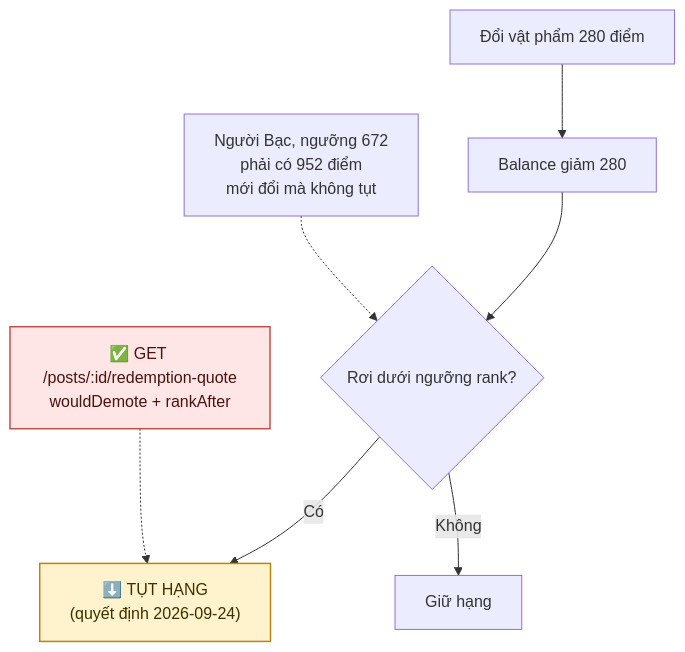
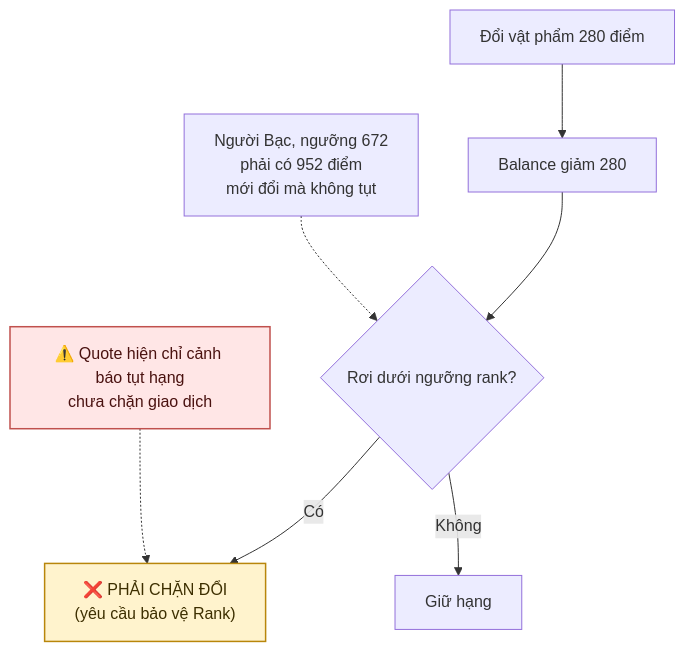
One commit to fdshn/trueheart changed the fourth of 4 diagrams in docs/diagram/14-redemption.md. Above: the diagram before and after it, drawn with Mermaid. The commit also changed other lines of this file, not shown here.

First line of the commit message:
docs: align redemption diagram with requirement gaps

````diff
--- a/docs/diagram/14-redemption.md
+++ b/docs/diagram/14-redemption.md
@@ -133,13 +137,13 @@
 ```mermaid
 flowchart TD
     A[Đổi vật phẩm 280 điểm] --> B[Balance giảm 280]
     B --> C{Rơi dưới ngưỡng rank?}
-    C -->|Có| D["⬇️ TỤT HẠNG<br/>(quyết định 2026-09-24)"]
+    C -->|Có| D["❌ PHẢI CHẶN ĐỔI<br/>(yêu cầu bảo vệ Rank)"]
     C -->|Không| E[Giữ hạng]
 
     F["Người Bạc, ngưỡng 672<br/>phải có 952 điểm<br/>mới đổi mà không tụt"] -.-> C
-    G["✅ GET /posts/:id/redemption-quote<br/>wouldDemote + rankAfter"] -.-> D
+    G["⚠️ Quote hiện chỉ cảnh báo tụt hạng<br/>chưa chặn giao dịch"] -.-> D
 
     style D fill:#fff3cd,stroke:#b8860b,stroke-width:1.5px,color:#3d2f00
     style G fill:#ffe6e6,stroke:#c0504d,stroke-width:1.5px,color:#4a1210
 ```
````
